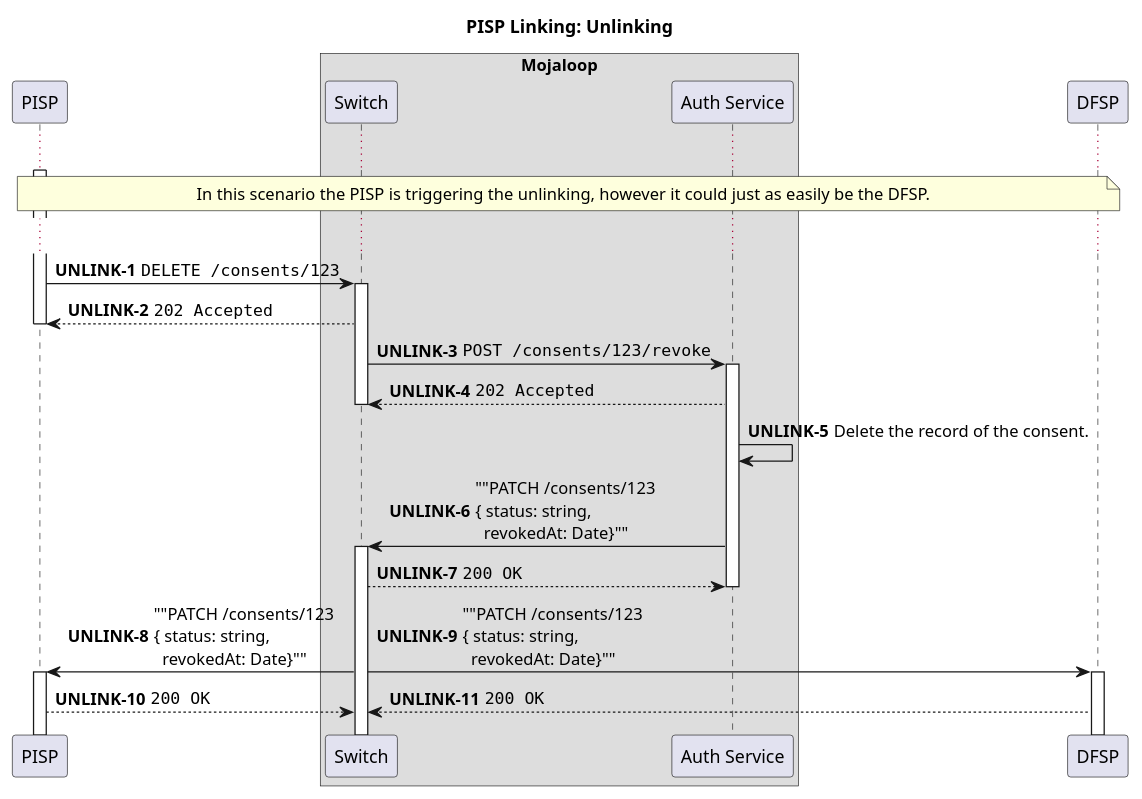
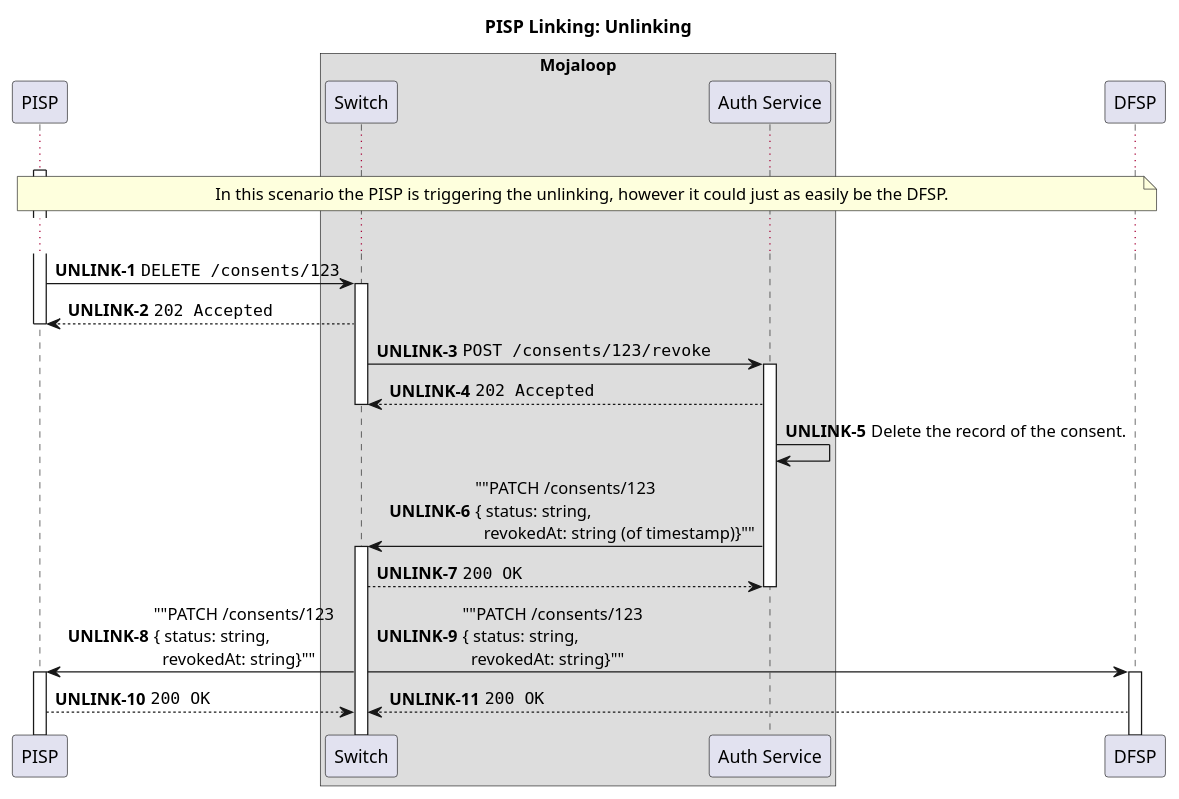
Before and after one commit to mojaloop/pisp-project: the diagram in docs/linking/unlinking.puml, drawn with PlantUML.

Commit message:
Update type for revokedAt

```diff
--- a/docs/linking/unlinking.puml
+++ b/docs/linking/unlinking.puml
@@ -1,51 +1,51 @@
 @startuml
 
 !pragma teoz true
 
 title PISP Linking: Unlinking
 
 participant "PISP" as PISP
 
 box "Mojaloop"
     participant Switch
     participant "Auth Service" as Auth
 end box
 
 participant "DFSP" as DFSP
 
 autonumber 1 "<b>UNLINK-#</b>"
 
 activate PISP
 
 ...
 
 note over PISP, DFSP
   In this scenario the PISP is triggering the unlinking, however it could just as easily be the DFSP.
 end note
 
 ...
 
 PISP -> Switch ++: ""DELETE /consents/123""
 Switch --> PISP: ""202 Accepted""
 deactivate PISP
 
 ' TODO: Do we include the ALS lookup here to figure out which Auth service is
 ' responsible for the given Consent?
 
 Switch -> Auth ++:  ""POST /consents/123/revoke""
 Auth --> Switch: ""202 Accepted""
 deactivate Switch
 
 Auth -> Auth: Delete the record of the consent.
 
-Auth -> Switch ++: ""PATCH /consents/123 \n{ status: string,\n  revokedAt: Date}""
+Auth -> Switch ++: ""PATCH /consents/123 \n{ status: string,\n  revokedAt: string (of timestamp)}""
 Switch --> Auth: ""200 OK""
 deactivate Auth
 
-Switch -> PISP ++: ""PATCH /consents/123 \n{ status: string,\n  revokedAt: Date}""
-& Switch -> DFSP ++: ""PATCH /consents/123 \n{ status: string,\n  revokedAt: Date}""
+Switch -> PISP ++: ""PATCH /consents/123 \n{ status: string,\n  revokedAt: string}""
+& Switch -> DFSP ++: ""PATCH /consents/123 \n{ status: string,\n  revokedAt: string}""
 
 PISP --> Switch: ""200 OK""
 & DFSP --> Switch: ""200 OK""
 
 @enduml
```
